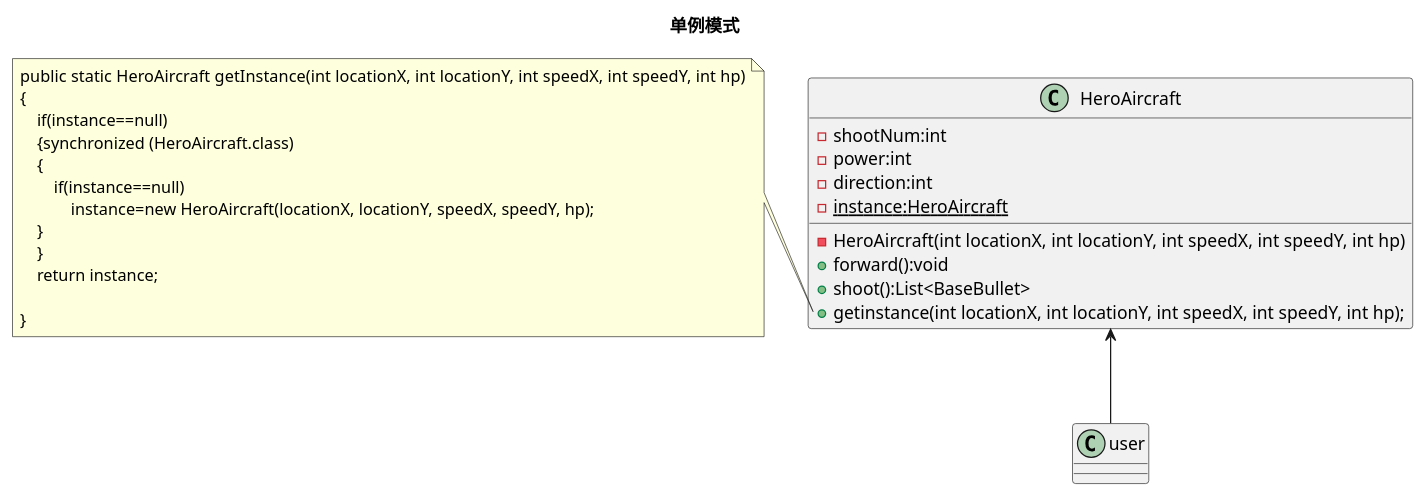
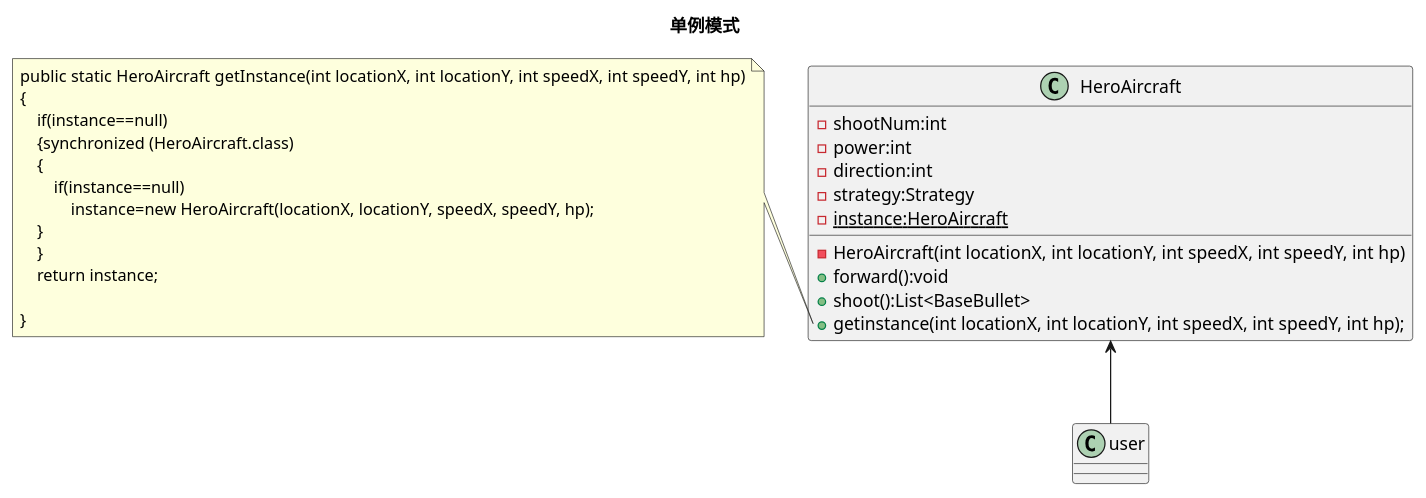
One commit to jangyicheng/Java-wargame changed the diagram in uml/singleton.puml. Above: the diagram before and after it, drawn with PlantUML. The commit also changed 33 other files, not shown here.

```diff
--- a/uml/singleton.puml
+++ b/uml/singleton.puml
@@ -1,35 +1,36 @@
 @startuml
 'https://plantuml.com/class-diagram
 title 单例模式
 class HeroAircraft {
     - shootNum:int
     - power:int
     - direction:int
+    - strategy:Strategy
     -{static}instance:HeroAircraft
     - HeroAircraft(int locationX, int locationY, int speedX, int speedY, int hp)
     + forward():void
     + shoot():List<BaseBullet>
     +getinstance(int locationX, int locationY, int speedX, int speedY, int hp);
 }
 class user
 {
 }
 note left of HeroAircraft::getinstance
     public  static HeroAircraft getInstance(int locationX, int locationY, int speedX, int speedY, int hp)
     {
         if(instance==null)
         {synchronized (HeroAircraft.class)
         {
             if(instance==null)
                 instance=new HeroAircraft(locationX, locationY, speedX, speedY, hp);
         }
         }
         return instance;
 
     }
 end note
 
 
 
 HeroAircraft<-- user
 @enduml
```
